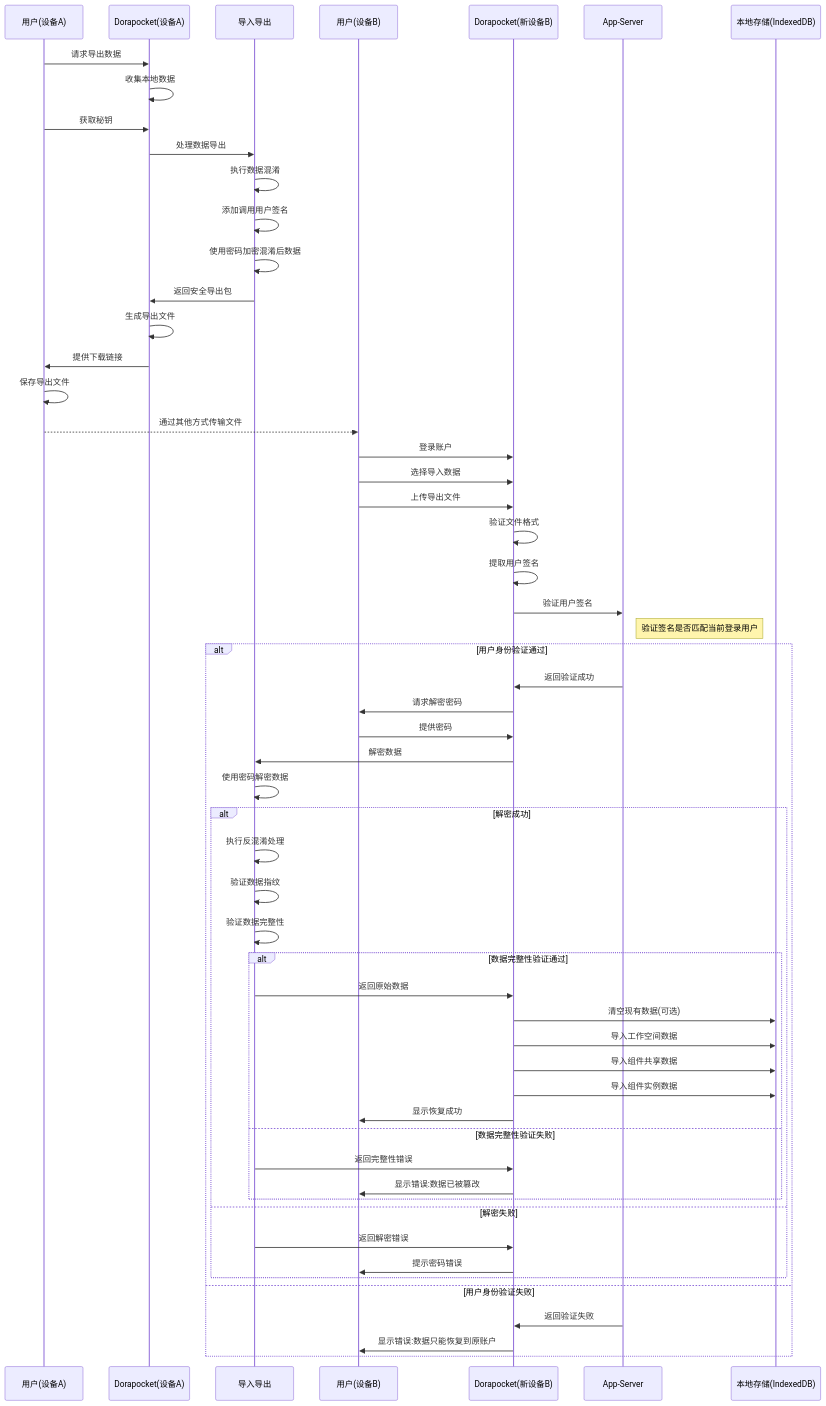
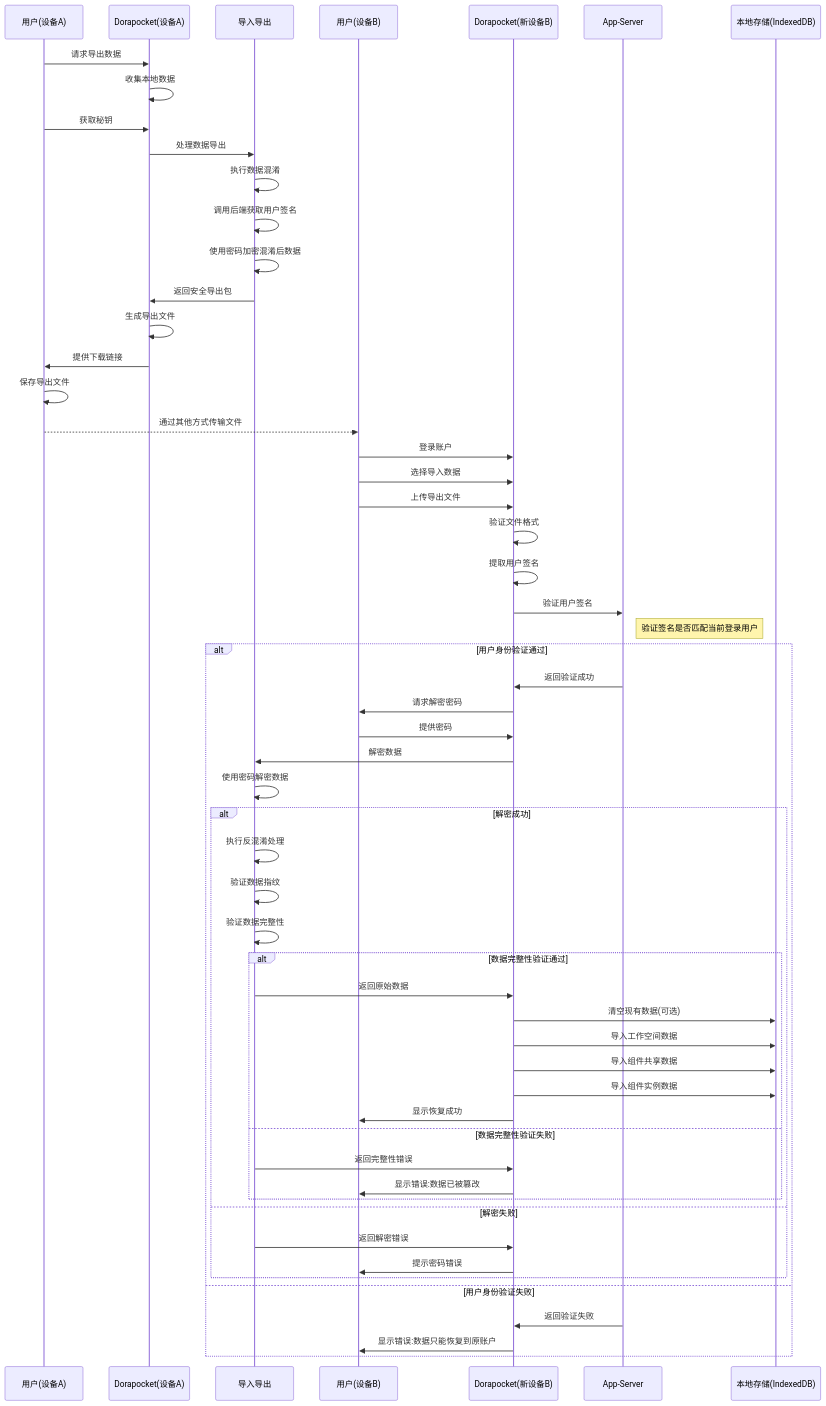
Before and after one commit to yingjianzh/iodraw-files: the diagram in all/未命名-34.md, drawn with Mermaid.

Commit message:
2025-04-17 16:51:37 update

````diff
--- a/all/未命名-34.md
+++ b/all/未命名-34.md
@@ -1,72 +1,72 @@
 ```mermaid
 sequenceDiagram
     participant UserOld as 用户(设备A)
     participant AppOld as Dorapocket(设备A)
     participant Security as 导入导出
     participant UserNew as 用户(设备B)
     participant AppNew as Dorapocket(新设备B)
     participant AppServer as App-Server
     participant LocalDB as 本地存储(IndexedDB)
     
     %% 导出流程
     UserOld->>AppOld: 请求导出数据
     AppOld->>AppOld: 收集本地数据
     UserOld->>AppOld: 获取秘钥
     
     AppOld->>Security: 处理数据导出
     Security->>Security: 执行数据混淆
-    Security->>Security: 添加调用用户签名
+    Security->>Security: 调用后端获取用户签名
     Security->>Security: 使用密码加密混淆后数据
     Security->>AppOld: 返回安全导出包
     
     AppOld->>AppOld: 生成导出文件
     AppOld->>UserOld: 提供下载链接
     UserOld->>UserOld: 保存导出文件
     
     %% 传输文件(由用户完成)
     UserOld-->>UserNew: 通过其他方式传输文件
     
     %% 恢复流程
     UserNew->>AppNew: 登录账户
     UserNew->>AppNew: 选择导入数据
     UserNew->>AppNew: 上传导出文件
     
     AppNew->>AppNew: 验证文件格式
     AppNew->>AppNew: 提取用户签名
     
     AppNew->>AppServer: 验证用户签名
     note right of AppServer: 验证签名是否匹配当前登录用户
     
     alt 用户身份验证通过
         AppServer->>AppNew: 返回验证成功
         AppNew->>UserNew: 请求解密密码
         UserNew->>AppNew: 提供密码
         
         AppNew->>Security: 解密数据
         Security->>Security: 使用密码解密数据
         
         alt 解密成功
             Security->>Security: 执行反混淆处理
             Security->>Security: 验证数据指纹
             Security->>Security: 验证数据完整性
             
             alt 数据完整性验证通过
                 Security->>AppNew: 返回原始数据
                 AppNew->>LocalDB: 清空现有数据(可选)
                 AppNew->>LocalDB: 导入工作空间数据
                 AppNew->>LocalDB: 导入组件共享数据
                 AppNew->>LocalDB: 导入组件实例数据
                 AppNew->>UserNew: 显示恢复成功
             else 数据完整性验证失败
                 Security->>AppNew: 返回完整性错误
                 AppNew->>UserNew: 显示错误:数据已被篡改
             end
         else 解密失败
             Security->>AppNew: 返回解密错误
             AppNew->>UserNew: 提示密码错误
         end
     else 用户身份验证失败
         AppServer->>AppNew: 返回验证失败
         AppNew->>UserNew: 显示错误:数据只能恢复到原账户
     end
 ```
````
